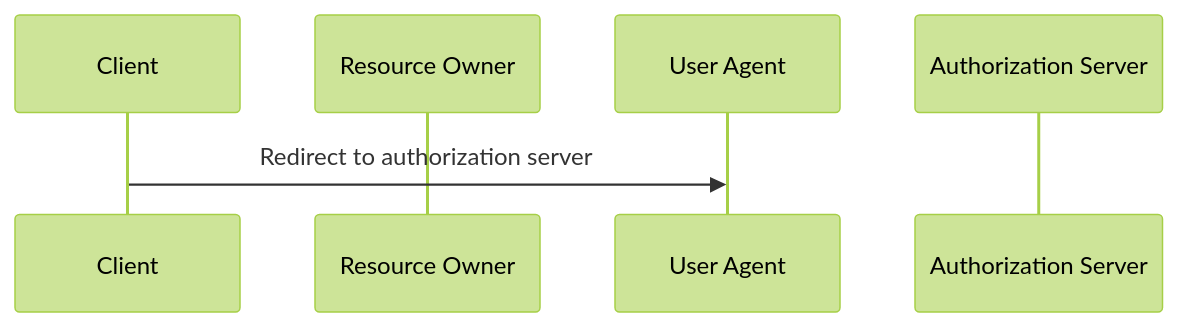
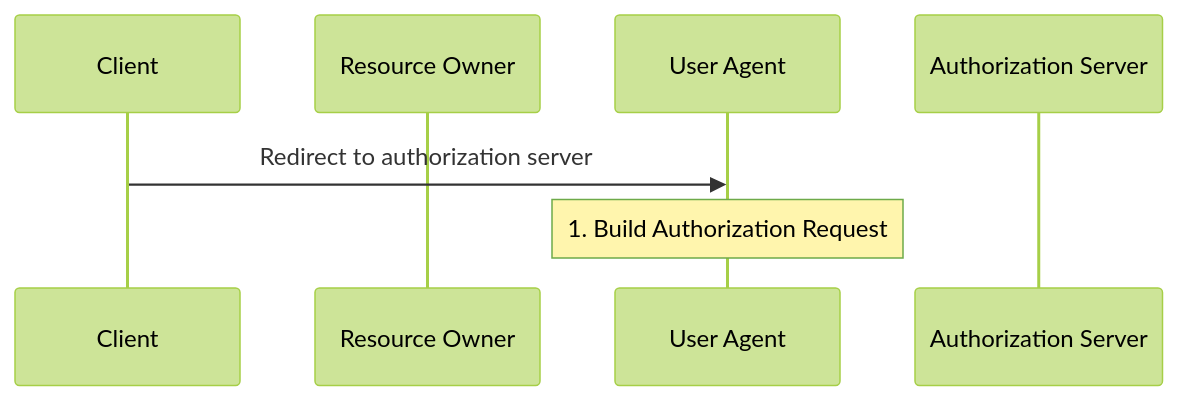
Before and after one commit to BehavioML/specifications: the diagram in examples/oauth-authorization-code/generated/mermaid/workflow-sequence-client-start_authorization.mmd, drawn with Mermaid (forest theme). The commit also changed 9 other files, not shown here.

Commit message:
Regenerate Mermaid diagrams with expanded uses (#19)

```diff
--- a/examples/oauth-authorization-code/generated/mermaid/workflow-sequence-client-start_authorization.mmd
+++ b/examples/oauth-authorization-code/generated/mermaid/workflow-sequence-client-start_authorization.mmd
@@ -1,7 +1,8 @@
 sequenceDiagram
   participant client as Client
   participant resource_owner as Resource Owner
   participant user_agent as User Agent
   participant authorization_server as Authorization Server
 
   client->>user_agent: Redirect to authorization server
+  Note over user_agent: 1. Build Authorization Request
```
